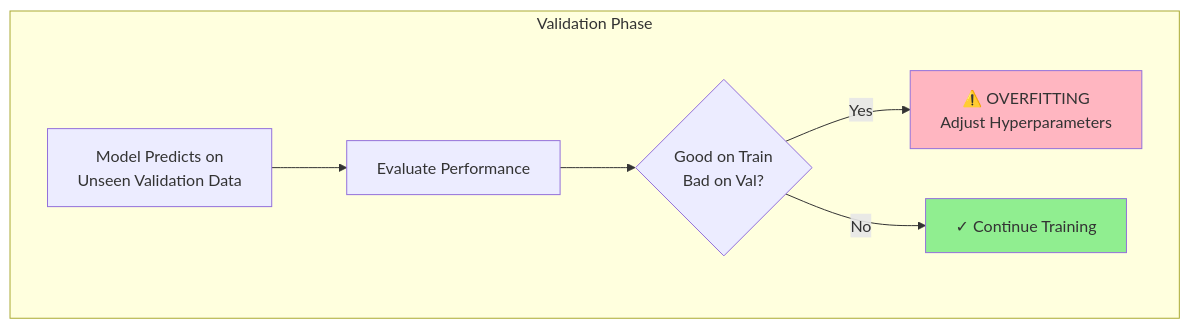
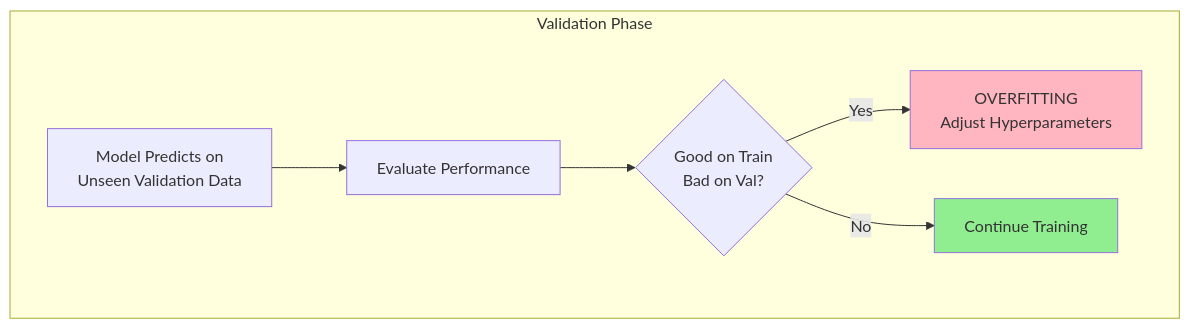
The seventh of 28 diagrams in AI/Non Academic/Machine Learning/02. Foundations of Machine Learning.md (Vtheonly/Obsidian_Notes), drawn with Mermaid before and after one commit. The commit also changed other lines of this file and 148 other files, not shown here.

````diff
--- a/AI/Non Academic/Machine Learning/02. Foundations of Machine Learning.md
+++ b/AI/Non Academic/Machine Learning/02. Foundations of Machine Learning.md
@@ -269,17 +269,17 @@
 ```mermaid
 flowchart TB
     subgraph Validation["Validation Phase"]
         V1["Model Predicts on<br/>Unseen Validation Data"]
         V2["Evaluate Performance"]
         V3{"Good on Train<br/>Bad on Val?"}
-        V4["⚠️ OVERFITTING<br/>Adjust Hyperparameters"]
-        V5["✓ Continue Training"]
+        V4[" OVERFITTING<br/>Adjust Hyperparameters"]
+        V5[" Continue Training"]
         
         V1 --> V2 --> V3
         V3 -->|Yes| V4
         V3 -->|No| V5
     end
     
     style V4 fill:#FFB6C1
     style V5 fill:#90EE90
 ```
````
